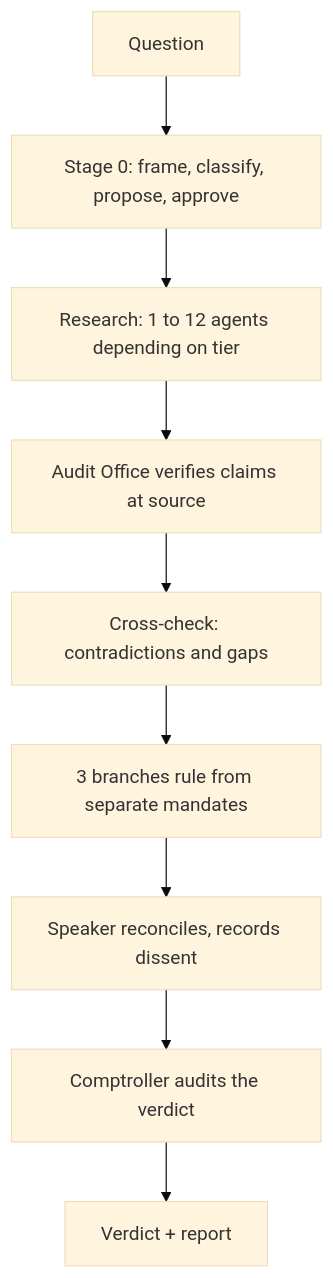
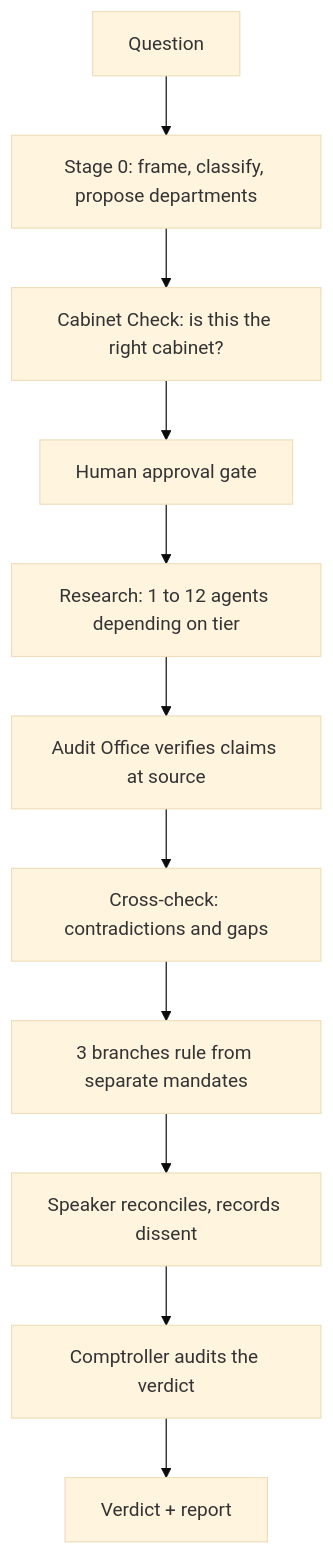
The diagram in README.md (Caleb-Boddington/quorum), drawn with Mermaid (base theme) before and after one commit. The commit also changed other lines of this file and 3 other files, not shown here.

````diff
--- a/README.md
+++ b/README.md
@@ -53,11 +62,13 @@
 ```mermaid
 flowchart TD
-    Q[Question] --> S0[Stage 0: frame, classify, propose, approve]
-    S0 --> R[Research: 1 to 12 agents depending on tier]
+    Q[Question] --> S0[Stage 0: frame, classify, propose departments]
+    S0 --> CC[Cabinet Check: is this the right cabinet?]
+    CC --> APP[Human approval gate]
+    APP --> R[Research: 1 to 12 agents depending on tier]
     R --> A[Audit Office verifies claims at source]
     A --> X[Cross-check: contradictions and gaps]
     X --> B[3 branches rule from separate mandates]
     B --> SP[Speaker reconciles, records dissent]
     SP --> C[Comptroller audits the verdict]
     C --> OUT[Verdict + report]
 ```
````
